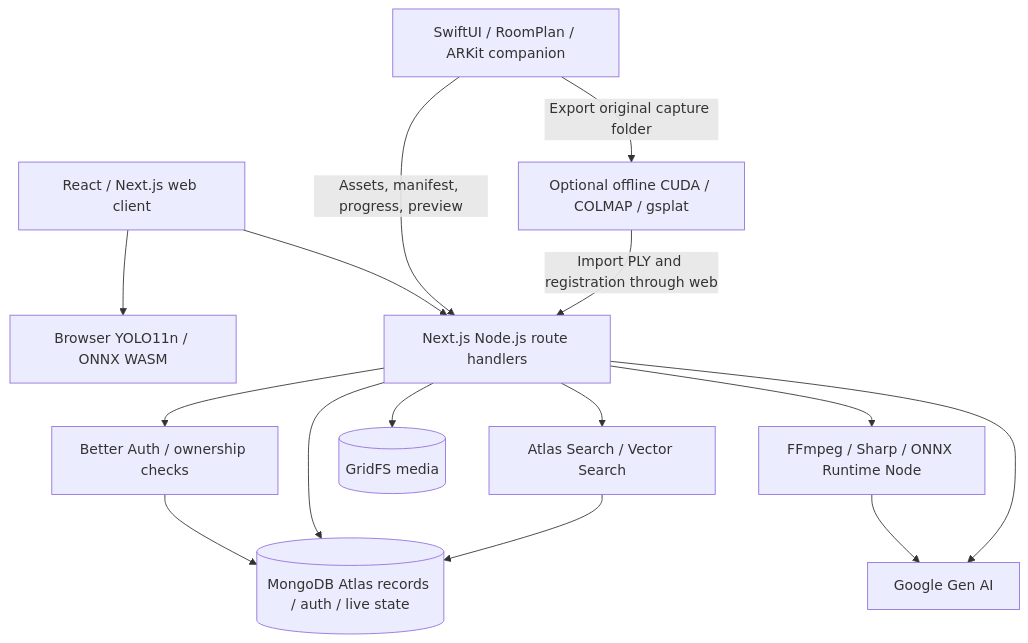
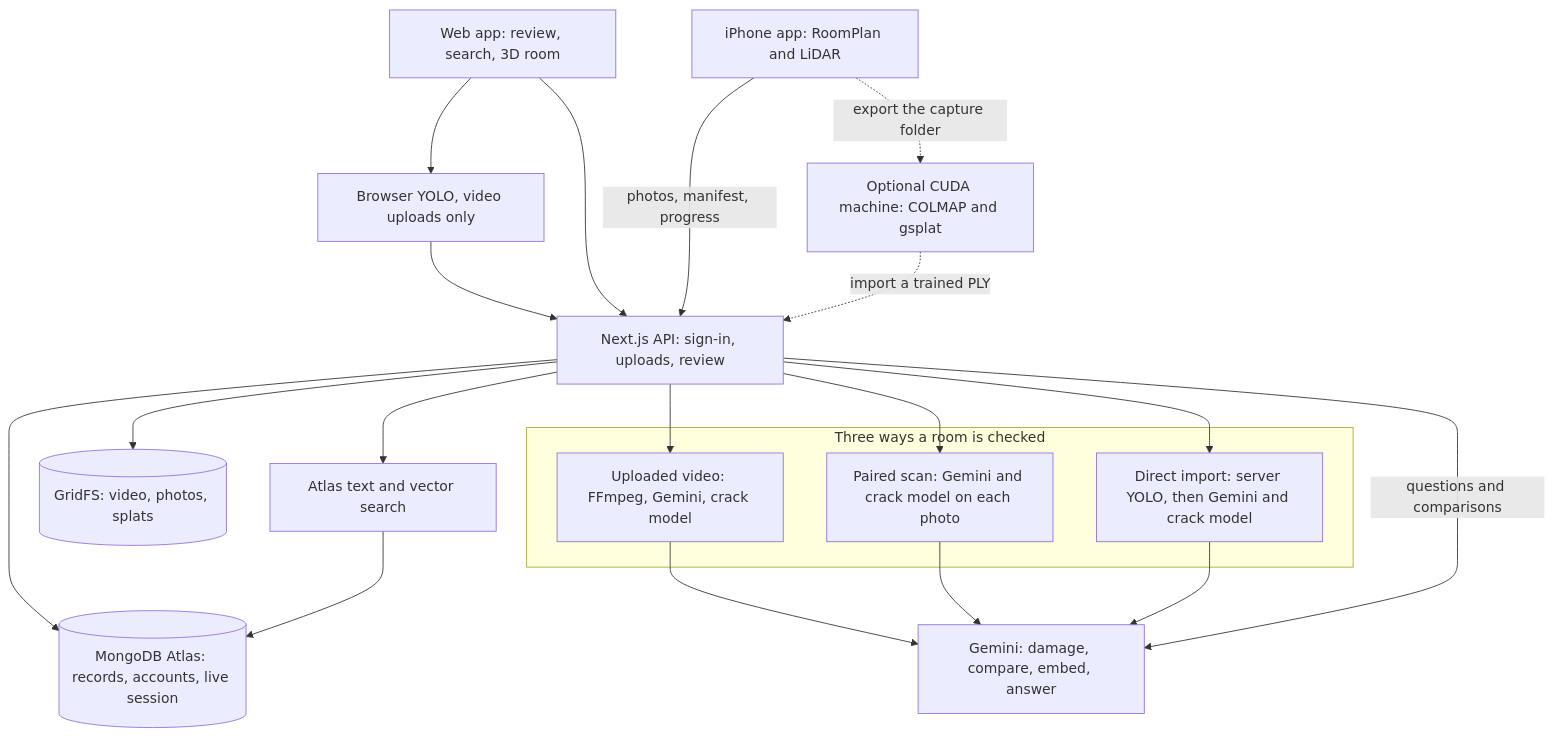
One commit to Borbezzz/Dwelld changed the first of 3 diagrams in README.md. Above: the diagram before and after it, drawn with Mermaid. The commit also changed other lines of this file, not shown here.

Commit message:
Show the three damage checks in the architecture diagram.
The old picture sent every capture through one processing box into Gemini. Video detection, a paired scan, and a direct import now each have their own path.

````diff
--- a/README.md
+++ b/README.md
@@ -58,29 +58,36 @@
 ```mermaid
 flowchart TD
-    Web[React / Next.js web client]
-    Phone[SwiftUI / RoomPlan / ARKit companion]
-    BrowserModel[Browser YOLO11n / ONNX WASM]
-    API[Next.js Node.js route handlers]
-    Auth[Better Auth / ownership checks]
-    Processing[FFmpeg / Sharp / ONNX Runtime Node]
-    AI[Google Gen AI]
-    DB[(MongoDB Atlas records / auth / live state)]
-    Media[(GridFS media)]
-    Search[Atlas Search / Vector Search]
-    GPU[Optional offline CUDA / COLMAP / gsplat]
+    Web["Web app: review, search, 3D room"]
+    Phone["iPhone app: RoomPlan and LiDAR"]
+    Yolo["Browser YOLO, video uploads only"]
+    API["Next.js API: sign-in, uploads, review"]
 
-    Web --> BrowserModel
+    subgraph checks [Three ways a room is checked]
+        Video["Uploaded video: FFmpeg, Gemini, crack model"]
+        Paired["Paired scan: Gemini and crack model on each photo"]
+        Direct["Direct import: server YOLO, then Gemini and crack model"]
+    end
+
+    Gemini["Gemini: damage, compare, embed, answer"]
+    DB[("MongoDB Atlas: records, accounts, live session")]
+    Media[("GridFS: video, photos, splats")]
+    Search["Atlas text and vector search"]
+    GPU["Optional CUDA machine: COLMAP and gsplat"]
+
+    Web --> Yolo --> API
     Web --> API
-    Phone -->|Assets, manifest, progress, preview| API
-    API --> Auth
-    Auth --> DB
-    API --> Processing
-    Processing --> AI
-    API --> AI
+    Phone -->|photos, manifest, progress| API
     API --> DB
     API --> Media
+    API --> Video
+    API --> Paired
+    API --> Direct
+    Video --> Gemini
+    Paired --> Gemini
+    Direct --> Gemini
+    API -->|questions and comparisons| Gemini
     API --> Search
     Search --> DB
-    Phone -->|Export original capture folder| GPU
-    GPU -->|Import PLY and registration through web| API
+    Phone -.->|export the capture folder| GPU
+    GPU -.->|import a trained PLY| API
 ```
````
